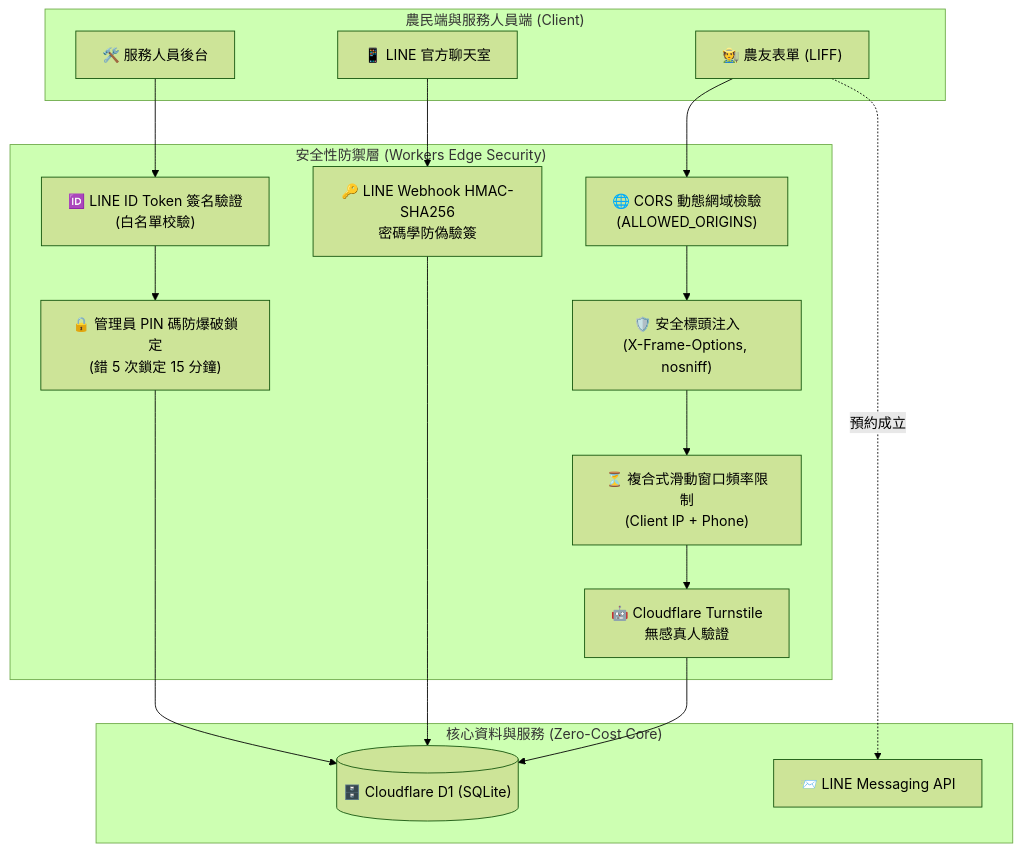
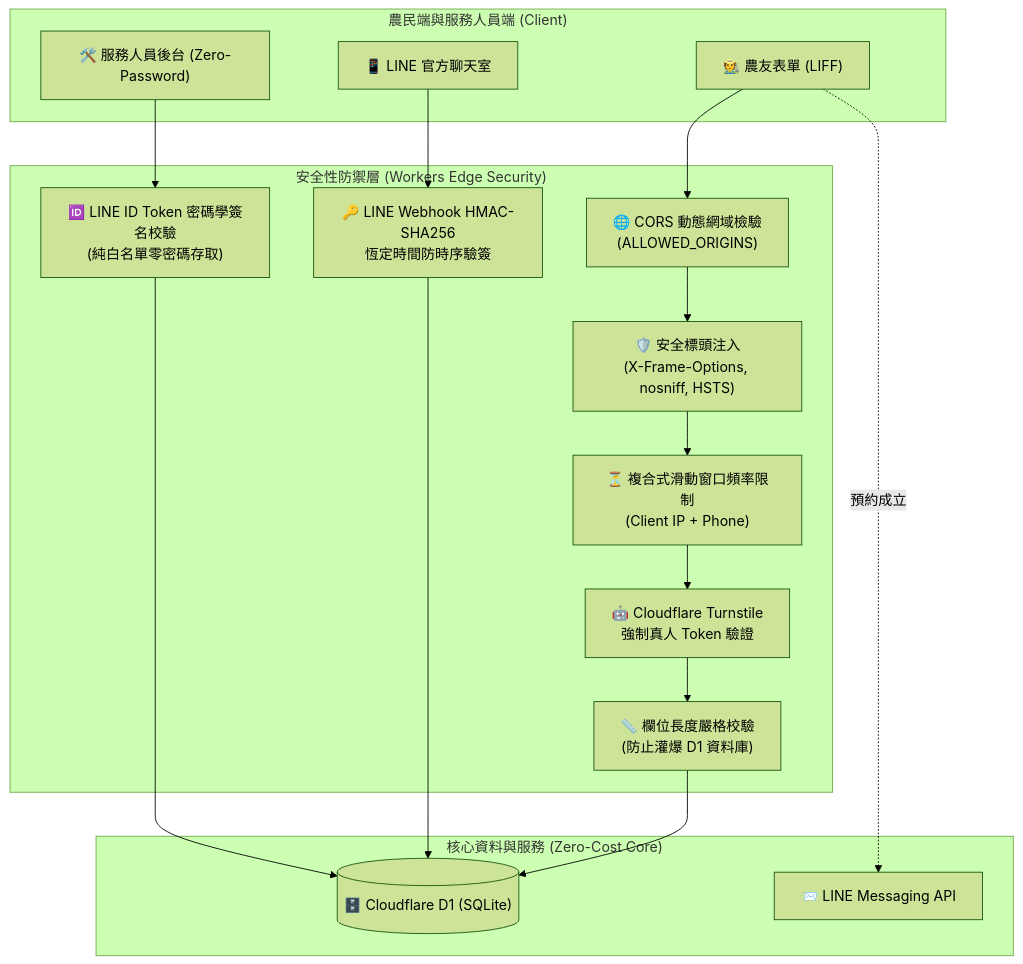
One commit to chingfonlee/open-booking-line changed the diagram in README.md. Above: the diagram before and after it, drawn with Mermaid (forest theme). The commit also changed other lines of this file and 9 other files, not shown here.

Commit message:
feat(security): implement Zero-Password pure LINE whitelist auth, mandatory Turnstile verification, D1 field length validation, constant-time HMAC check, PII masking in logs, and HSTS/CSP headers

````diff
--- a/README.md
+++ b/README.md
@@ -150,28 +149,28 @@
 ```mermaid
 flowchart TD
     subgraph Client["農民端與服務人員端 (Client)"]
         Farmer["🧑‍🌾 農友表單 (LIFF)"]
-        Admin["🛠️ 服務人員後台"]
+        Admin["🛠️ 服務人員後台 (Zero-Password)"]
         LineApp["📱 LINE 官方聊天室"]
     end
 
     subgraph SecurityLayer["安全性防禦層 (Workers Edge Security)"]
         CORS["🌐 CORS 動態網域檢驗<br>(ALLOWED_ORIGINS)"]
-        Headers["🛡️ 安全標頭注入<br>(X-Frame-Options, nosniff)"]
+        Headers["🛡️ 安全標頭注入<br>(X-Frame-Options, nosniff, HSTS)"]
         RateLimit["⏳ 複合式滑動窗口頻率限制<br>(Client IP + Phone)"]
-        Turnstile["🤖 Cloudflare Turnstile<br>無感真人驗證"]
-        HMAC["🔑 LINE Webhook HMAC-SHA256<br>密碼學防偽驗簽"]
-        LineAuth["🆔 LINE ID Token 簽名驗證<br>(白名單校驗)"]
-        PinLock["🔒 管理員 PIN 碼防爆破鎖定<br>(錯 5 次鎖定 15 分鐘)"]
+        Turnstile["🤖 Cloudflare Turnstile<br>強制真人 Token 驗證"]
+        HMAC["🔑 LINE Webhook HMAC-SHA256<br>恆定時間防時序驗簽"]
+        LineAuth["🆔 LINE ID Token 密碼學簽名校驗<br>(純白名單零密碼存取)"]
+        LengthCheck["📏 欄位長度嚴格校驗<br>(防止灌爆 D1 資料庫)"]
     end
 
     subgraph Core["核心資料與服務 (Zero-Cost Core)"]
         D1[("🗄️ Cloudflare D1 (SQLite)")]
         LINE_API["📨 LINE Messaging API"]
     end
 
-    Farmer --> CORS --> Headers --> RateLimit --> Turnstile --> D1
+    Farmer --> CORS --> Headers --> RateLimit --> Turnstile --> LengthCheck --> D1
     Farmer -. 預約成立 .-> LINE_API
     LineApp --> HMAC --> D1
-    Admin --> LineAuth --> PinLock --> D1
+    Admin --> LineAuth --> D1
 ```
````
